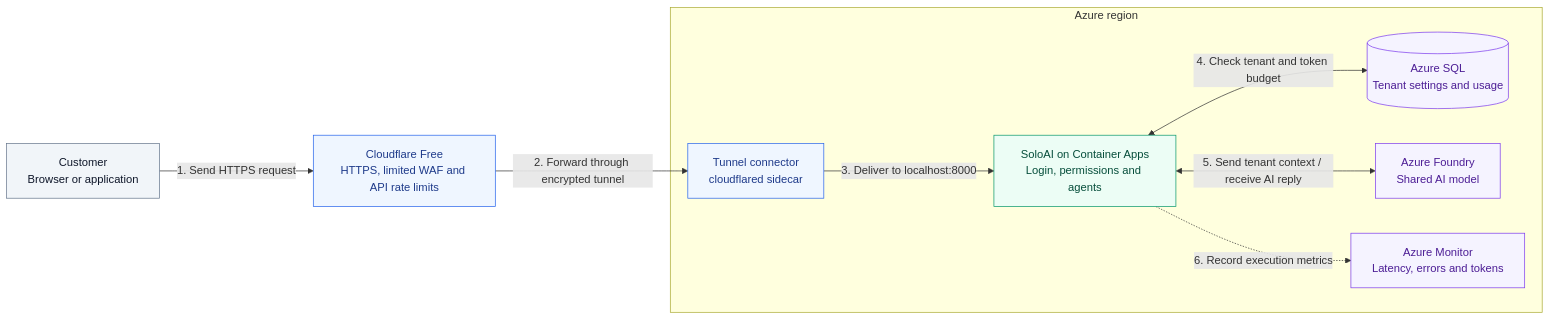
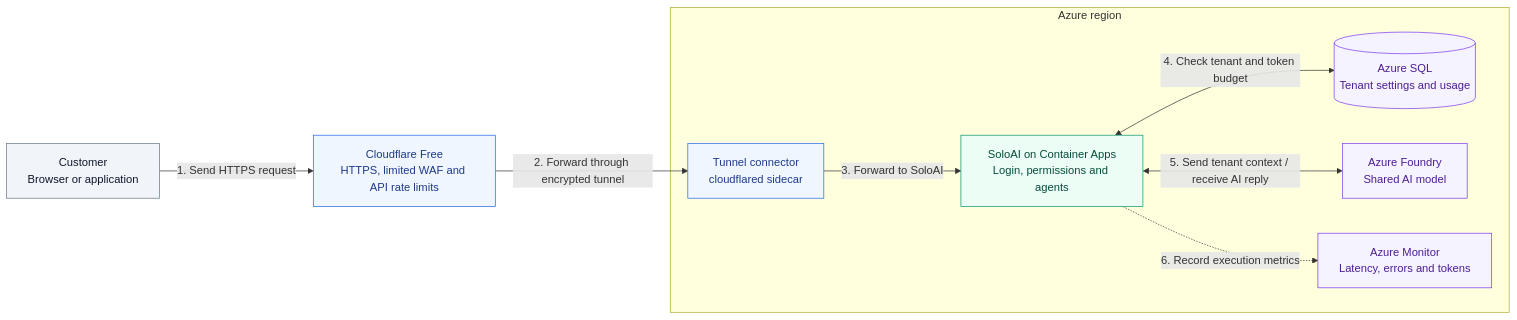
Before and after one commit to sumitsharma01/soloai: the second of 2 diagrams in README.md, drawn with Mermaid. The commit also changed 2 other files, not shown here.

Commit message:
Clarify Azure application forwarding label in diagrams

````diff
--- a/README.md
+++ b/README.md
@@ -208,29 +208,29 @@
 ```mermaid
 flowchart LR
   U["Customer<br/>Browser or application"]
   C["Cloudflare Free<br/>HTTPS, limited WAF and API rate limits"]
 
   subgraph Azure["Azure region"]
     T["Tunnel connector<br/>cloudflared sidecar"]
     A["SoloAI on Container Apps<br/>Login, permissions and agents"]
     D[("Azure SQL<br/>Tenant settings and usage")]
     F["Azure Foundry<br/>Shared AI model"]
     M["Azure Monitor<br/>Latency, errors and tokens"]
   end
 
   U -->|"1. Send HTTPS request"| C
   C -->|"2. Forward through encrypted tunnel"| T
-  T -->|"3. Deliver to localhost:8000"| A
+  T -->|"3. Forward to SoloAI"| A
   A <-->|"4. Check tenant and token budget"| D
   A <-->|"5. Send tenant context / receive AI reply"| F
   A -.->|"6. Record execution metrics"| M
 
   classDef client fill:#F1F5F9,stroke:#64748B,color:#0F172A
   classDef routing fill:#EFF6FF,stroke:#2563EB,color:#1E3A8A
   classDef app fill:#ECFDF5,stroke:#059669,color:#064E3B
   classDef data fill:#F5F3FF,stroke:#7C3AED,color:#4C1D95
   class U client
   class C,T routing
   class A app
   class D,F,M data
 ```
````
